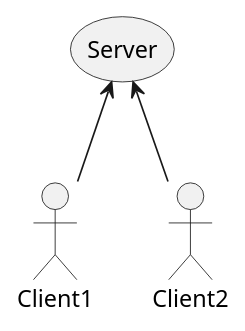
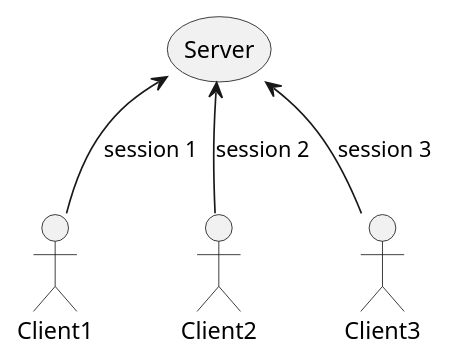
One commit to voho/web changed the diagram in website/src/main/resources/wiki/index/informatika/architektura/klient-server.md. Above: the diagram before and after it, drawn with PlantUML. The commit also changed other lines of this file, not shown here.

Commit message:
updated client/server

````diff
--- a/website/src/main/resources/wiki/index/informatika/architektura/klient-server.md
+++ b/website/src/main/resources/wiki/index/informatika/architektura/klient-server.md
@@ -11,7 +14,9 @@
 ```uml:class
 actor Client1
 actor Client2
+actor Client3
 storage Server
-Client1 -up-> Server
-Client2 -up-> Server
+Client1 -up-> Server: session 1
+Client2 -up-> Server: session 2
+Client3 -up-> Server: session 3
 ```
````
